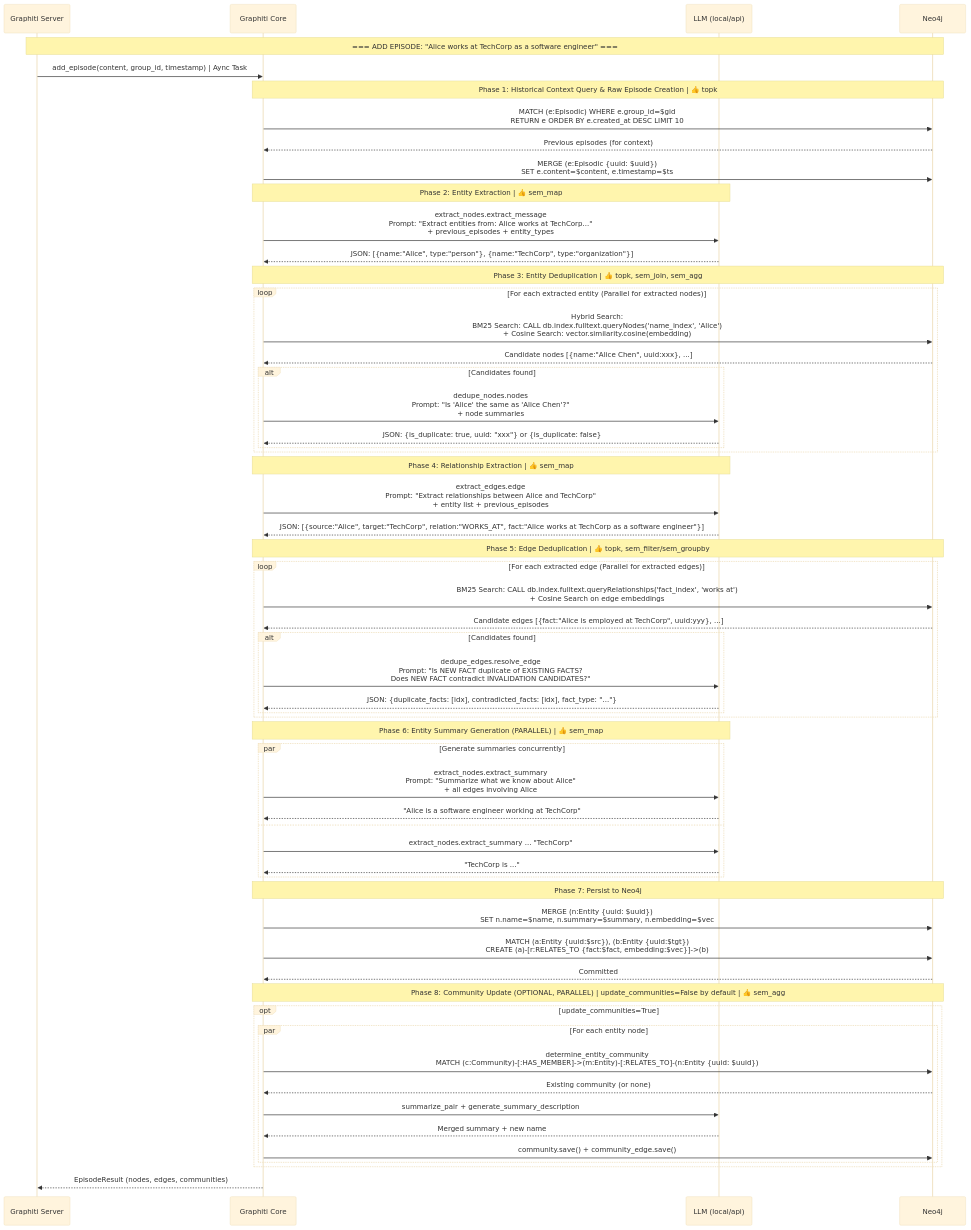
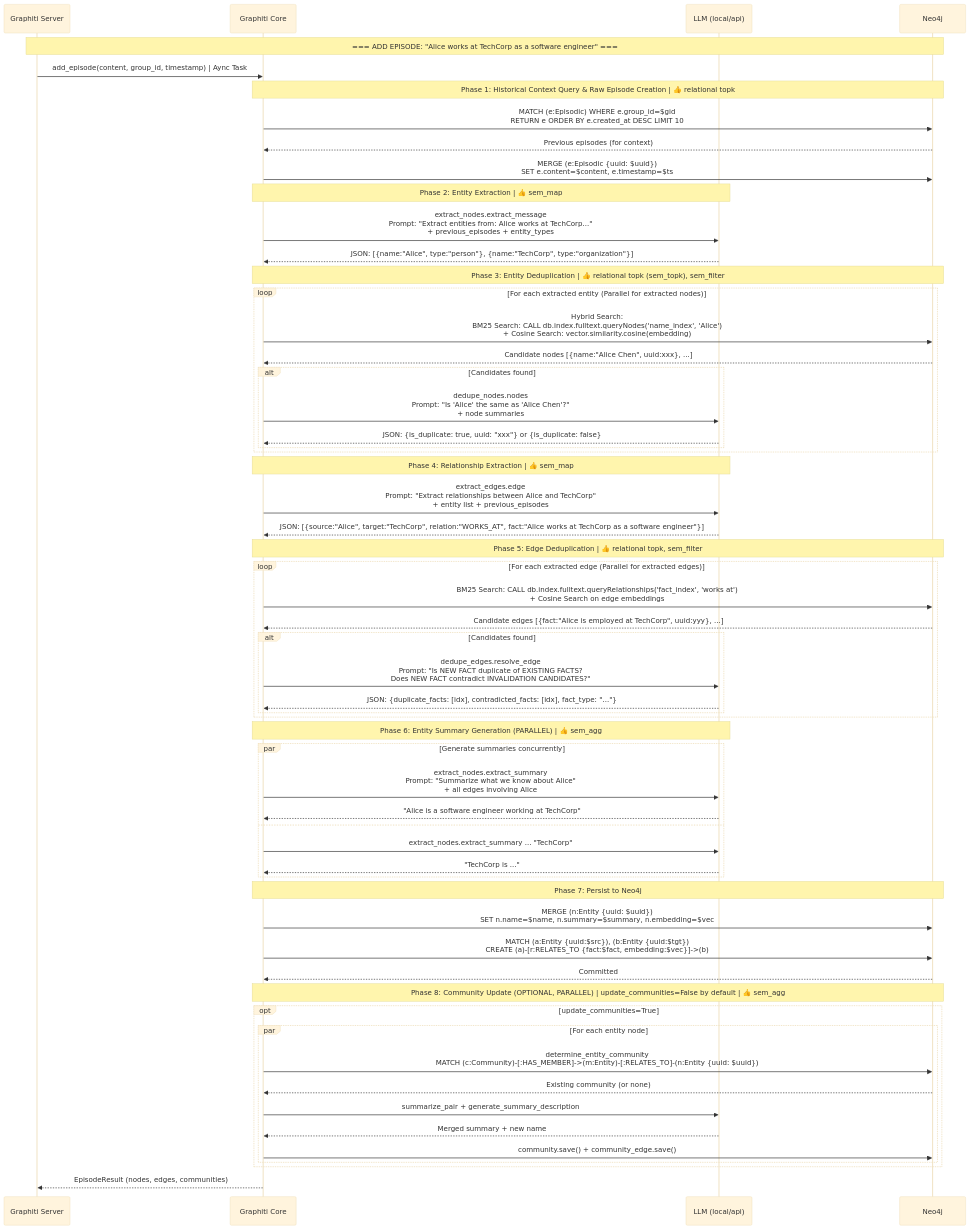
One commit to SleepyLGod/zep-graphiti changed the first of 2 diagrams in examples/neo4j_otel/data_flow.md. Above: the diagram before and after it, drawn with Mermaid (base theme). The commit also changed other lines of this file and 1 other file, not shown here.

Commit message:
dataflow diagrams sem_ops updated.

````diff
--- a/examples/neo4j_otel/data_flow.md
+++ b/examples/neo4j_otel/data_flow.md
@@ -12,73 +12,73 @@
 ```mermaid
 sequenceDiagram
     participant App as Graphiti Server
     participant Core as Graphiti Core
     participant LLM as LLM (local/api)
     participant Neo4j as Neo4j
 
     Note over App, Neo4j: === ADD EPISODE: "Alice works at TechCorp as a software engineer" ===
 
     App->>Core: add_episode(content, group_id, timestamp) | Aync Task
 
-    Note over Core, Neo4j: Phase 1: Historical Context Query & Raw Episode Creation | 👍 topk
+    Note over Core, Neo4j: Phase 1: Historical Context Query & Raw Episode Creation | 👍 relational topk
     Core->>Neo4j: MATCH (e:Episodic) WHERE e.group_id=$gid<br/>RETURN e ORDER BY e.created_at DESC LIMIT 10
     Neo4j-->>Core: Previous episodes (for context)
     Core->>Neo4j: MERGE (e:Episodic {uuid: $uuid})<br/>SET e.content=$content, e.timestamp=$ts
 
     Note over Core, LLM: Phase 2: Entity Extraction | 👍 sem_map
     Core->>LLM: extract_nodes.extract_message<br/>Prompt: "Extract entities from: Alice works at TechCorp..."<br/>+ previous_episodes + entity_types
     LLM-->>Core: JSON: [{name:"Alice", type:"person"}, {name:"TechCorp", type:"organization"}]
 
-    Note over Core, Neo4j: Phase 3: Entity Deduplication | 👍 topk, sem_join, sem_agg
+    Note over Core, Neo4j: Phase 3: Entity Deduplication | 👍 relational topk (sem_topk), sem_filter
     loop For each extracted entity (Parallel for extracted nodes)
         Core->>Neo4j: Hybrid Search:<br/> BM25 Search: CALL db.index.fulltext.queryNodes('name_index', 'Alice')<br/>+ Cosine Search: vector.similarity.cosine(embedding)
         Neo4j-->>Core: Candidate nodes [{name:"Alice Chen", uuid:xxx}, ...]
         
         alt Candidates found
             Core->>LLM: dedupe_nodes.nodes<br/>Prompt: "Is 'Alice' the same as 'Alice Chen'?"<br/>+ node summaries
             LLM-->>Core: JSON: {is_duplicate: true, uuid: "xxx"} or {is_duplicate: false}
         end
     end
 
     Note over Core, LLM: Phase 4: Relationship Extraction | 👍 sem_map
     Core->>LLM: extract_edges.edge<br/>Prompt: "Extract relationships between Alice and TechCorp"<br/>+ entity list + previous_episodes
     LLM-->>Core: JSON: [{source:"Alice", target:"TechCorp", relation:"WORKS_AT", fact:"Alice works at TechCorp as a software engineer"}]
 
-    Note over Core, Neo4j: Phase 5: Edge Deduplication | 👍 topk, sem_filter/sem_groupby
+    Note over Core, Neo4j: Phase 5: Edge Deduplication | 👍 relational topk, sem_filter
     loop For each extracted edge (Parallel for extracted edges)
         Core->>Neo4j: BM25 Search: CALL db.index.fulltext.queryRelationships('fact_index', 'works at')<br/>+ Cosine Search on edge embeddings
         Neo4j-->>Core: Candidate edges [{fact:"Alice is employed at TechCorp", uuid:yyy}, ...]
         
         alt Candidates found
             Core->>LLM: dedupe_edges.resolve_edge<br/>Prompt: "Is NEW FACT duplicate of EXISTING FACTS?<br/>Does NEW FACT contradict INVALIDATION CANDIDATES?"
             LLM-->>Core: JSON: {duplicate_facts: [idx], contradicted_facts: [idx], fact_type: "..."}
         end
     end
 
-    Note over Core, LLM: Phase 6: Entity Summary Generation (PARALLEL) | 👍 sem_map
+    Note over Core, LLM: Phase 6: Entity Summary Generation (PARALLEL) | 👍 sem_agg
     par Generate summaries concurrently
         Core->>LLM: extract_nodes.extract_summary<br/>Prompt: "Summarize what we know about Alice"<br/>+ all edges involving Alice
         LLM-->>Core: "Alice is a software engineer working at TechCorp"
     and
         Core->>LLM: extract_nodes.extract_summary ... "TechCorp"
         LLM-->>Core: "TechCorp is ..."
     end
 
     Note over Core, Neo4j: Phase 7: Persist to Neo4j
     Core->>Neo4j: MERGE (n:Entity {uuid: $uuid})<br/>SET n.name=$name, n.summary=$summary, n.embedding=$vec
     Core->>Neo4j: MATCH (a:Entity {uuid:$src}), (b:Entity {uuid:$tgt})<br/>CREATE (a)-[r:RELATES_TO {fact:$fact, embedding:$vec}]->(b)
     Neo4j-->>Core: Committed
 
     Note over Core, Neo4j: Phase 8: Community Update (OPTIONAL, PARALLEL) | update_communities=False by default | 👍 sem_agg
     opt update_communities=True
         par For each entity node
             Core->>Neo4j: determine_entity_community<br/>MATCH (c:Community)-[:HAS_MEMBER]->(m:Entity)-[:RELATES_TO]-(n:Entity {uuid: $uuid})
             Neo4j-->>Core: Existing community (or none)
             Core->>LLM: summarize_pair + generate_summary_description
             LLM-->>Core: Merged summary + new name
             Core->>Neo4j: community.save() + community_edge.save()
         end
     end
 
     Core-->>App: EpisodeResult (nodes, edges, communities)
 ```
````
